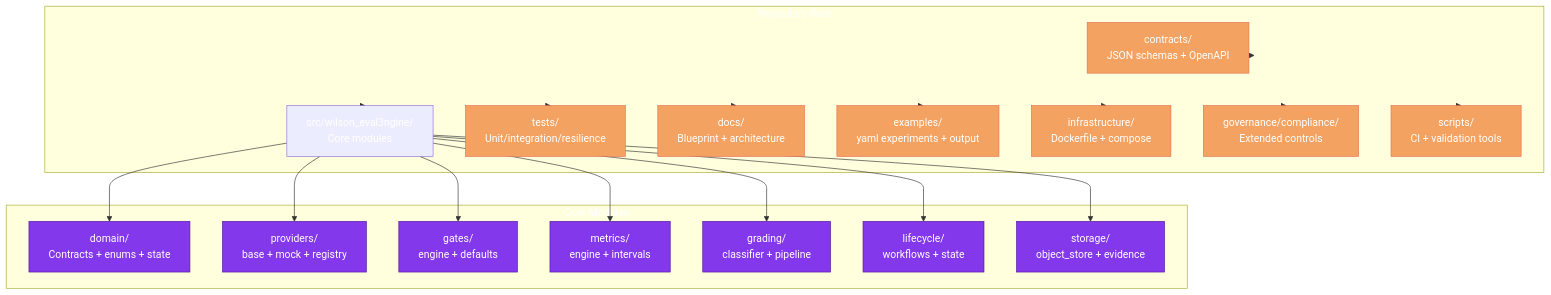
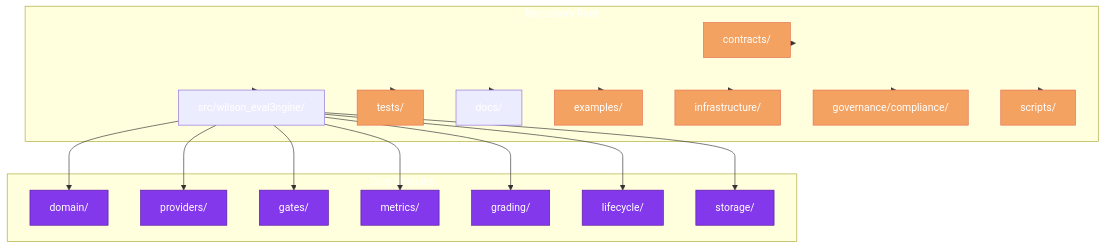
Before and after one commit to Runndownn/Wilson-Eval3ngine-: the third of 10 diagrams in README.md, drawn with Mermaid. The commit also changed other lines of this file, not shown here.

Commit message:
docs: fully fix mermaid diagrams for GitHub compatibility - remove problematic line breaks

````diff
--- a/README.md
+++ b/README.md
@@ -168,44 +168,44 @@
 ```mermaid
 flowchart TB
     subgraph ROOT["Repository Root"]
-        CONTRACTS[contracts/\nJSON schemas + OpenAPI]
-        SRC[src/wilson_eval3ngine/\nCore modules]
-        TESTS[tests/\nUnit/integration/resilience]
-        DOCS[docs/\nBlueprint + architecture]
-        EX[examples/\nyaml experiments + output]
-        INF[infrastructure/\nDockerfile + compose]
-        GOV[governance/compliance/\nExtended controls]
-        SCRIPTS[scripts/\nCI + validation tools]
+        CONTRACTS[contracts/]
+        SRC[src/wilson_eval3ngine/]
+        TESTS[tests/]
+        DOCS[docs/]
+        EX[examples/]
+        INF[infrastructure/]
+        GOV[governance/compliance/]
+        SCRIPTS[scripts/]
     end
 
     subgraph CORE["Core Modules"]
-        DOMAIN[domain/\nContracts + enums + state]
-        PROVIDER[providers/\nbase + mock + registry]
-        GATE[gates/\nengine + defaults]
-        METRICS[metrics/\nengine + intervals]
-        GRADE[grading/\nclassifier + pipeline]
-        LIFECYCLE[lifecycle/\nworkflows + state]
-        STORAGE[storage/\nobject_store + evidence]
+        DOMAIN[domain/]
+        PROVIDER[providers/]
+        GATE[gates/]
+        METRICS[metrics/]
+        GRADE[grading/]
+        LIFECYCLE[lifecycle/]
+        STORAGE[storage/]
     end
 
     ROOT --> CONTRACTS
     ROOT --> SRC
     ROOT --> TESTS
     ROOT --> DOCS
     ROOT --> EX
     ROOT --> INF
     ROOT --> GOV
     ROOT --> SCRIPTS
     SRC --> DOMAIN
     SRC --> PROVIDER
     SRC --> GATE
     SRC --> METRICS
     SRC --> GRADE
     SRC --> LIFECYCLE
     SRC --> STORAGE
 
     classDef root fill:#f4a261,stroke:#e76f51,color:#fff
     classDef core fill:#8338ec,stroke:#5a189a,color:#fff
-    class CONTRACTS,DOCS,EX,INF,GOV,SCRIPTS,TESTS root
+    class CONTRACTS,EX,INF,GOV,SCRIPTS,TESTS root
     class DOMAIN,PROVIDER,GATE,METRICS,GRADE,LIFECYCLE,STORAGE core
 ```
````
